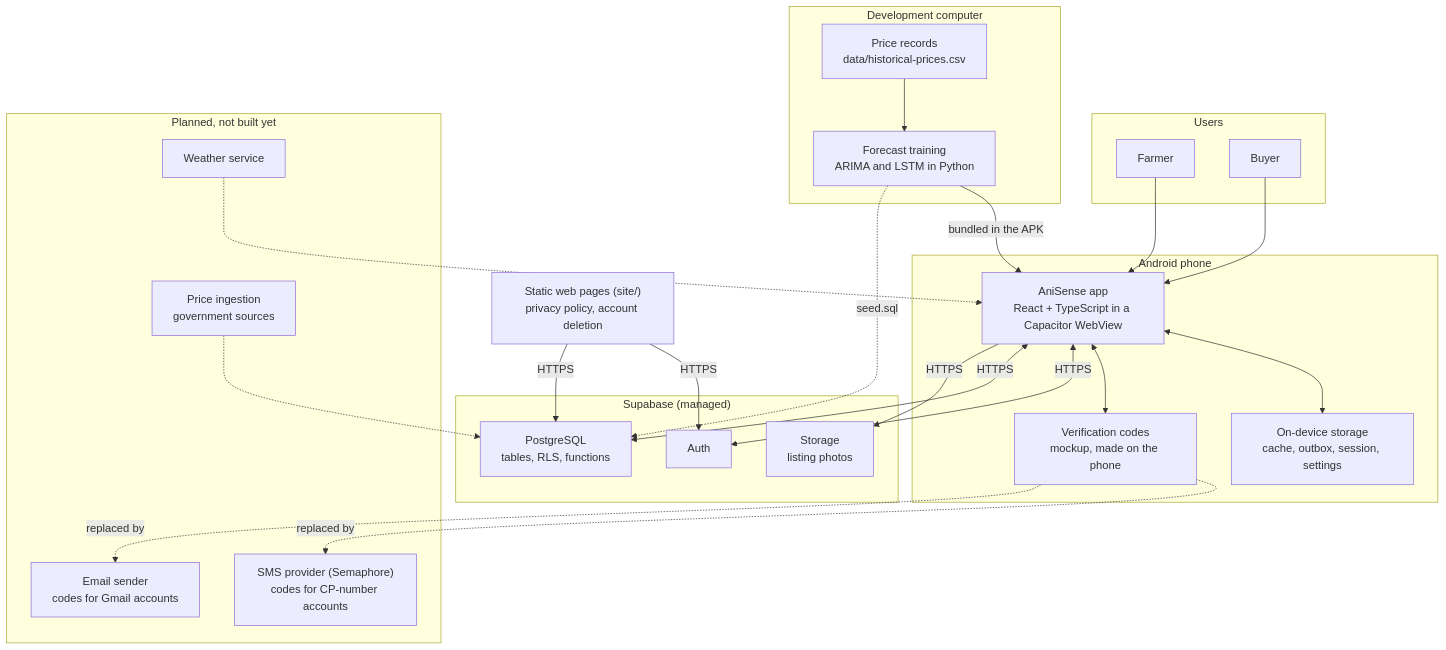
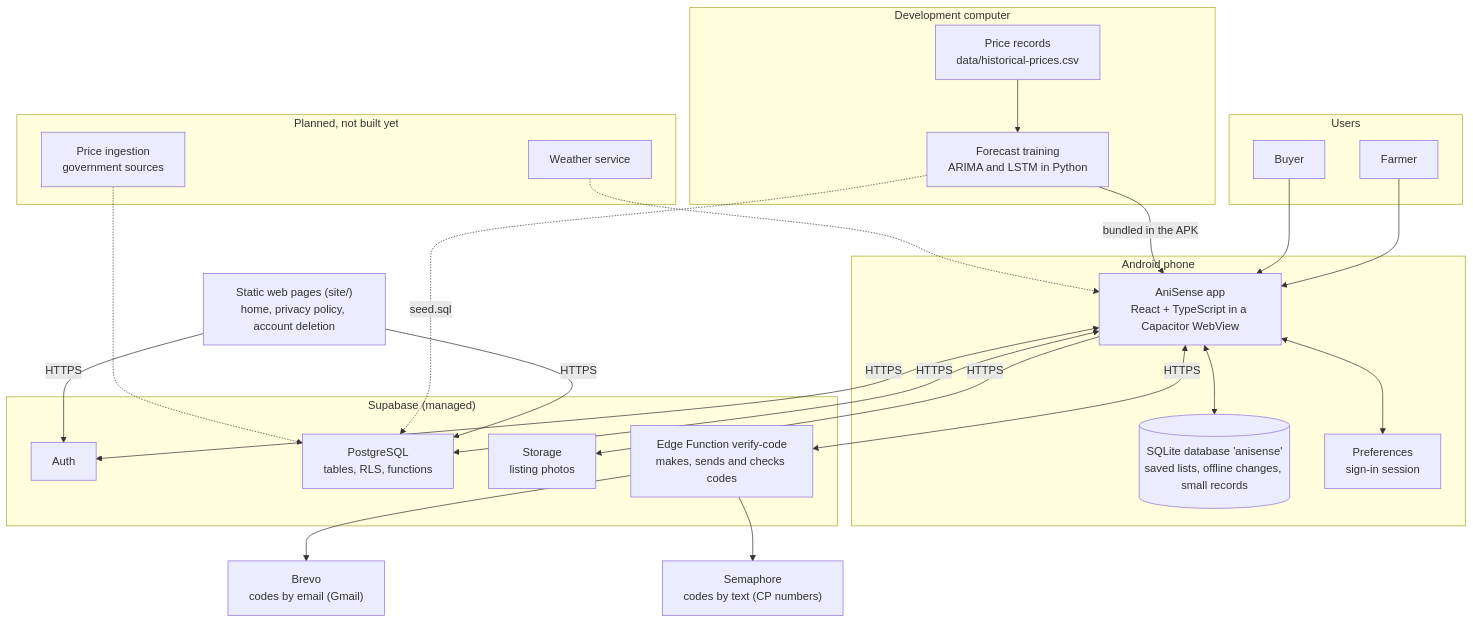
The first of 11 diagrams in docs/architecture.md (yslruzly/AniSense), drawn with Mermaid before and after one commit. The commit also changed other lines of this file and 2 other files, not shown here.

Commit message:
Docs: SQLite offline design, opening without signal, orders and ratings live, featured farmers, nationwide sign-up, tab memory

````diff
--- a/docs/architecture.md
+++ b/docs/architecture.md
@@ -22,50 +22,52 @@
 ```mermaid
 flowchart TB
   subgraph Users
     Farmer["Farmer"]
     Buyer["Buyer"]
   end
 
   subgraph Device["Android phone"]
     App["AniSense app<br/>React + TypeScript in a Capacitor WebView"]
-    Local["On-device storage<br/>cache, outbox, session, settings"]
-    Codes["Verification codes<br/>mockup, made on the phone"]
+    SQLite[("SQLite database 'anisense'<br/>saved lists, offline changes, small records")]
+    Prefs["Preferences<br/>sign-in session"]
   end
 
   subgraph Supabase["Supabase (managed)"]
     Auth["Auth"]
     DB["PostgreSQL<br/>tables, RLS, functions"]
     Storage["Storage<br/>listing photos"]
+    Fn["Edge Function verify-code<br/>makes, sends and checks codes"]
   end
 
-  Web["Static web pages (site/)<br/>privacy policy, account deletion"]
+  Brevo["Brevo<br/>codes by email (Gmail)"]
+  Sema["Semaphore<br/>codes by text (CP numbers)"]
+  Web["Static web pages (site/)<br/>home, privacy policy, account deletion"]
 
   subgraph Build["Development computer"]
     Csv["Price records<br/>data/historical-prices.csv"]
     Train["Forecast training<br/>ARIMA and LSTM in Python"]
   end
 
   subgraph Planned["Planned, not built yet"]
-    SMS["SMS provider (Semaphore)<br/>codes for CP-number accounts"]
-    Mail["Email sender<br/>codes for Gmail accounts"]
     Prices["Price ingestion<br/>government sources"]
     Wx["Weather service"]
   end
 
   Farmer --> App
   Buyer --> App
-  App <--> Local
-  App <--> Codes
+  App <--> SQLite
+  App <--> Prefs
   App <-->|HTTPS| Auth
   App <-->|HTTPS| DB
   App -->|HTTPS| Storage
+  App <-->|HTTPS| Fn
+  Fn --> Brevo
+  Fn --> Sema
   Web -->|HTTPS| Auth
   Web -->|HTTPS| DB
   Csv --> Train
   Train -->|bundled in the APK| App
   Train -.->|seed.sql| DB
-  Codes -.->|replaced by| SMS
-  Codes -.->|replaced by| Mail
   Prices -.-> DB
   Wx -.-> App
 ```
````
